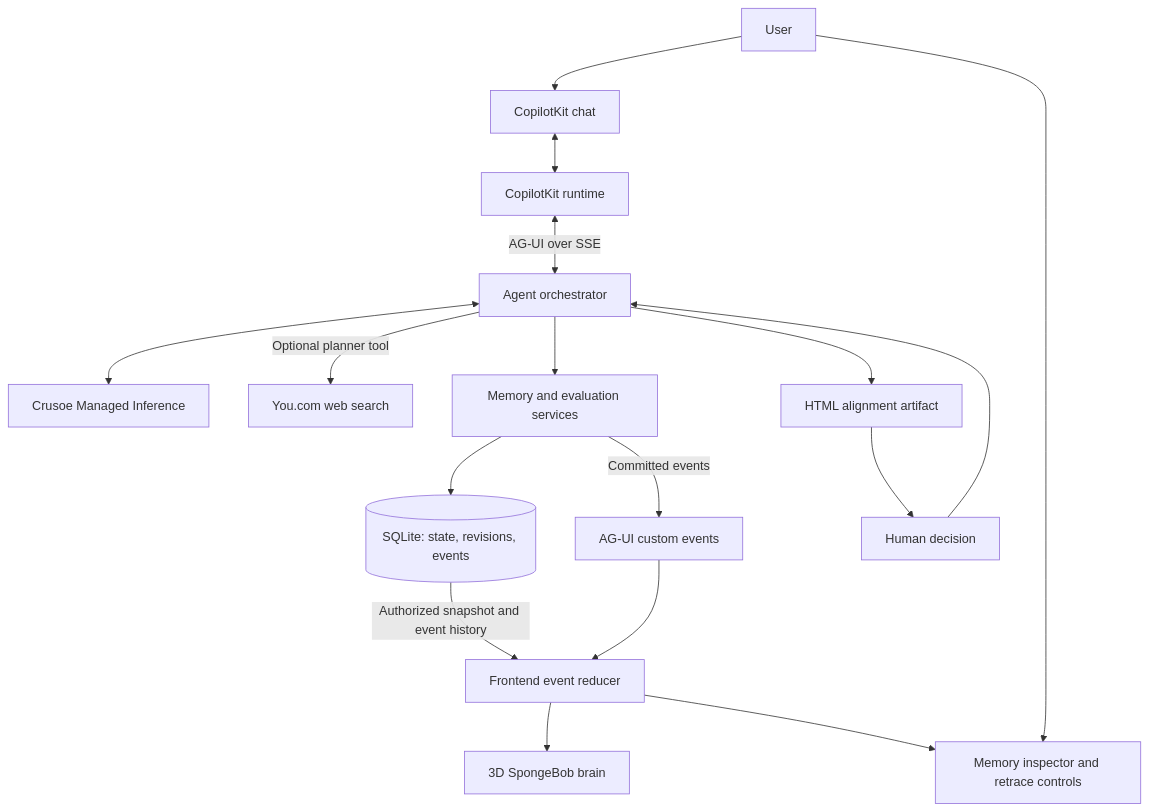
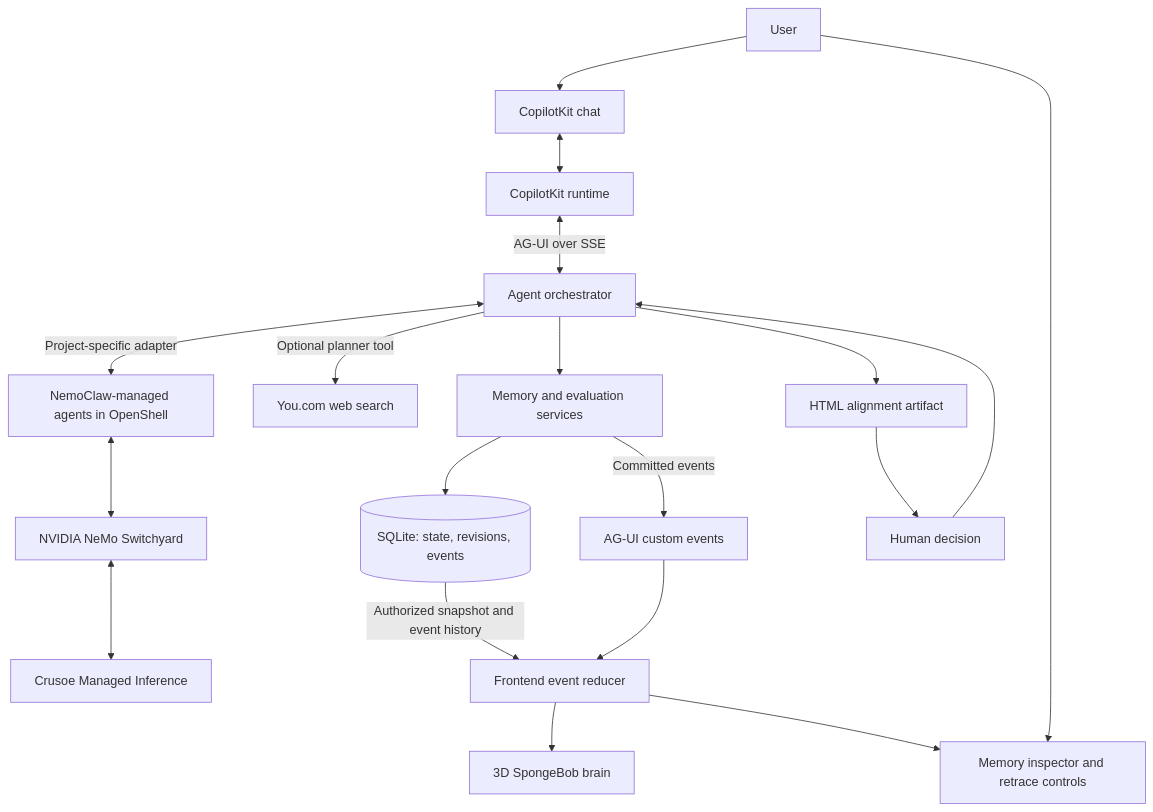
The diagram in docs/architecture.md (jerelvelarde/BrainBob), drawn with Mermaid before and after one commit. The commit also changed other lines of this file and 1 other file, not shown here.

Commit message:
docs: focus BrainBob on Shared Brain with NemoClaw and Switchyard

````diff
--- a/docs/architecture.md
+++ b/docs/architecture.md
@@ -39,19 +42,21 @@
 ```mermaid
 flowchart TD
     User[User] --> Chat[CopilotKit chat]
     User --> Inspect[Memory inspector and retrace controls]
     Chat <--> Runtime[CopilotKit runtime]
     Runtime <-->|AG-UI over SSE| Agent[Agent orchestrator]
-    Agent <--> Crusoe[Crusoe Managed Inference]
+    Agent <-->|Project-specific adapter| Harness[NemoClaw-managed agents in OpenShell]
+    Harness <--> Router[NVIDIA NeMo Switchyard]
+    Router <--> Crusoe[Crusoe Managed Inference]
     Agent -->|Optional planner tool| Research[You.com web search]
     Agent --> Tools[Memory and evaluation services]
     Tools --> DB[(SQLite: state, revisions, events)]
     Tools -->|Committed events| Stream[AG-UI custom events]
     Stream --> Projection[Frontend event reducer]
     DB -->|Authorized snapshot and event history| Projection
     Projection --> Brain[3D SpongeBob brain]
     Projection --> Inspect
     Agent --> Plan[HTML alignment artifact]
     Plan --> Approval[Human decision]
     Approval --> Agent
 ```
````
